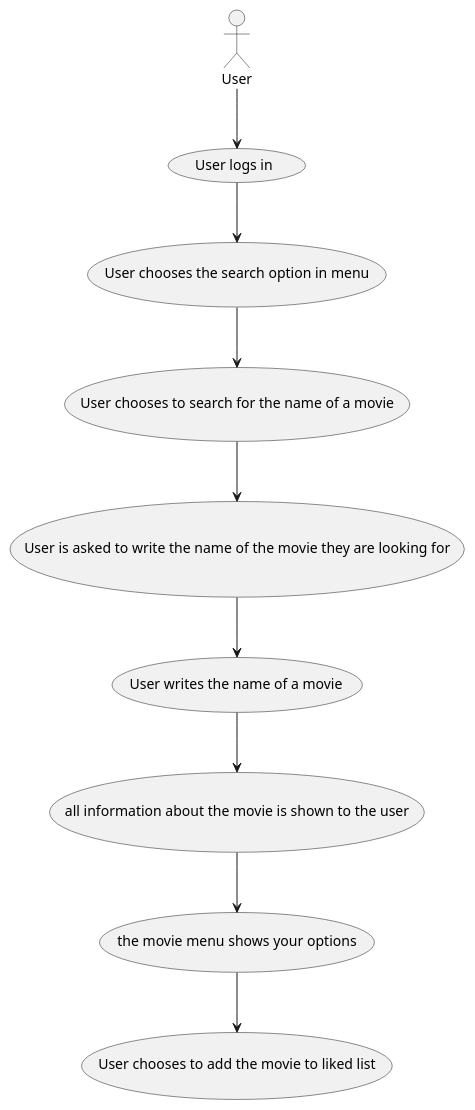
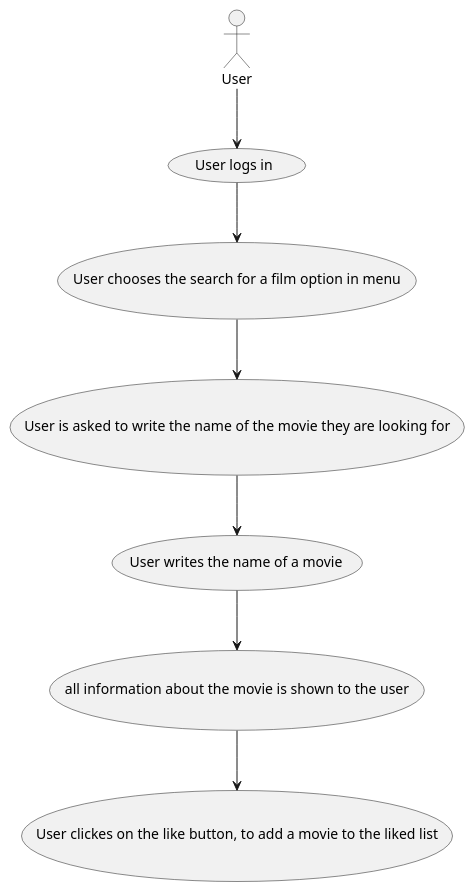
One commit to Inga-Helgadottir/SP5-J.A.I.R changed the diagram in planningSP5/usecaseAddToLiked.wsd. Above: the diagram before and after it, drawn with PlantUML. The commit also changed 14 other files, not shown here.

```diff
--- a/planningSP5/usecaseAddToLiked.wsd
+++ b/planningSP5/usecaseAddToLiked.wsd
@@ -1,11 +1,9 @@
 @startuml SP5
 
 :User: --> (User logs in)
-(User logs in) --> (User chooses the search option in menu)
-(User chooses the search option in menu) --> (User chooses to search for the name of a movie)
-(User chooses to search for the name of a movie) --> (User is asked to write the name of the movie they are looking for)
+(User logs in) --> (User chooses the search for a film option in menu)
+(User chooses the search for a film option in menu) --> (User is asked to write the name of the movie they are looking for)
 (User is asked to write the name of the movie they are looking for) --> (User writes the name of a movie)
 (User writes the name of a movie) --> (all information about the movie is shown to the user)
-(all information about the movie is shown to the user) --> (the movie menu shows your options)
-(the movie menu shows your options) --> (User chooses to add the movie to liked list)
+(all information about the movie is shown to the user) --> (User clickes on the like button, to add a movie to the liked list)
 @enduml
```
